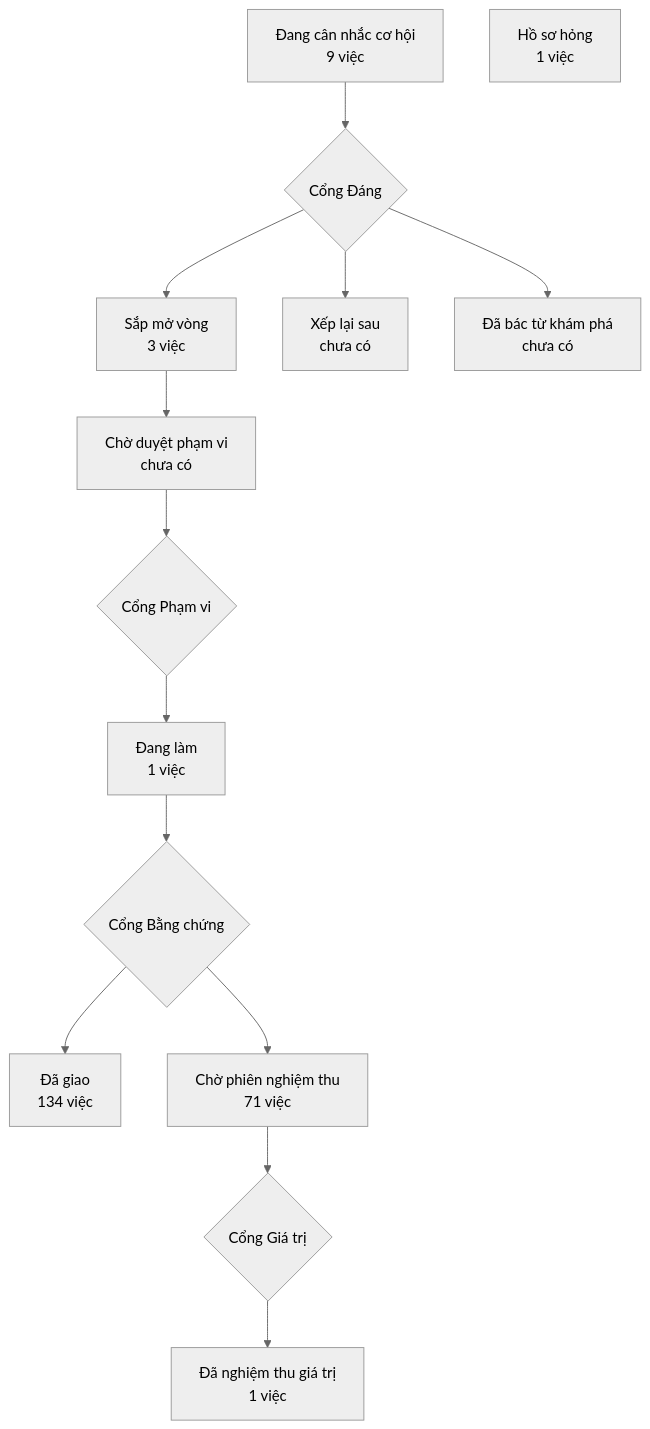
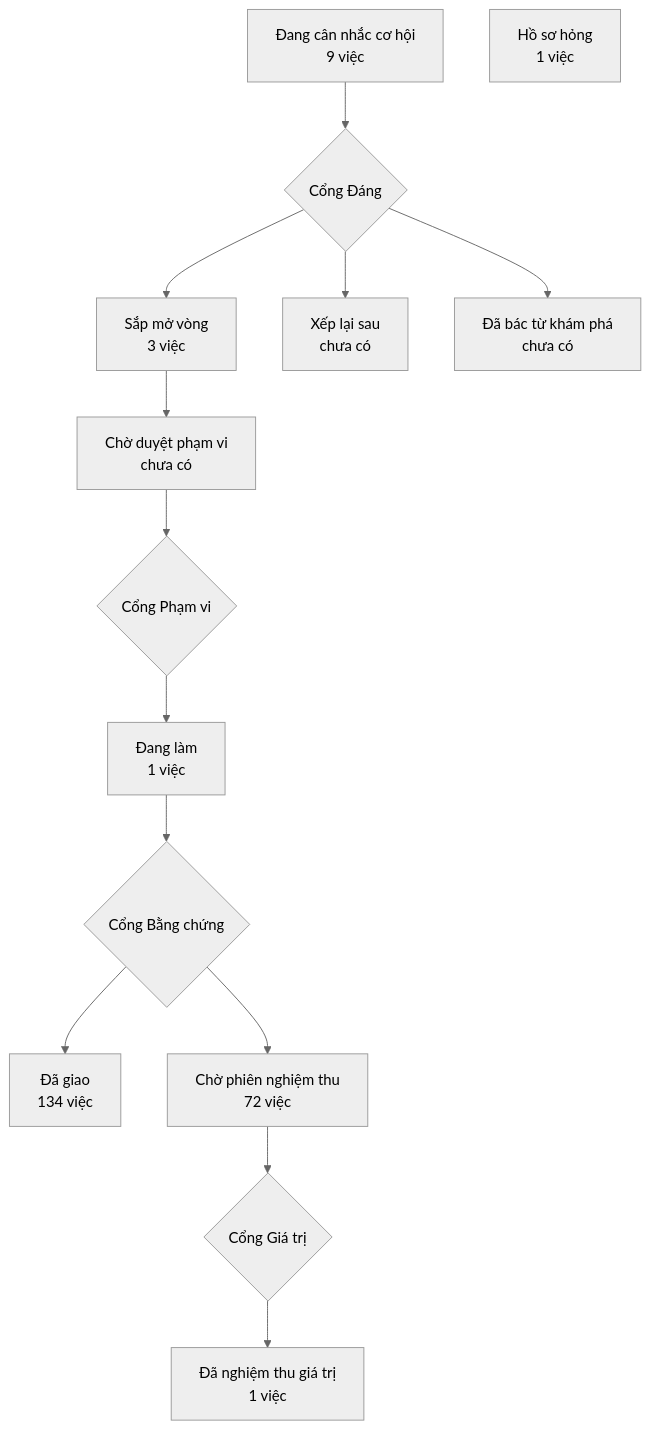
The diagram in PRODUCT-MAP.md (phanlemanh/crm-onehub), drawn with Mermaid (neutral theme) before and after one commit. The commit also changed 1 other file, not shown here.

Commit message:
chore: vẽ lại bản đồ sản phẩm từ bản sạch sau gộp onehub d0ccad98

````diff
--- a/PRODUCT-MAP.md
+++ b/PRODUCT-MAP.md
@@ -7,13 +7,13 @@
 ```mermaid
 flowchart TD
   A["Đang cân nhắc cơ hội<br/>9 việc"] --> GD{"Cổng Đáng"}
   GD --> B["Sắp mở vòng<br/>3 việc"]
   GD --> XL["Xếp lại sau<br/>chưa có"]
   GD --> DB["Đã bác từ khám phá<br/>chưa có"]
   B --> CD["Chờ duyệt phạm vi<br/>chưa có"] --> GP{"Cổng Phạm vi"}
   GP --> DL["Đang làm<br/>1 việc"] --> GB{"Cổng Bằng chứng"}
   GB --> DG["Đã giao<br/>134 việc"]
-  GB --> CN["Chờ phiên nghiệm thu<br/>71 việc"] --> GG{"Cổng Giá trị"}
+  GB --> CN["Chờ phiên nghiệm thu<br/>72 việc"] --> GG{"Cổng Giá trị"}
   GG --> NT["Đã nghiệm thu giá trị<br/>1 việc"]
   HS["Hồ sơ hỏng<br/>1 việc"]
 ```
````
